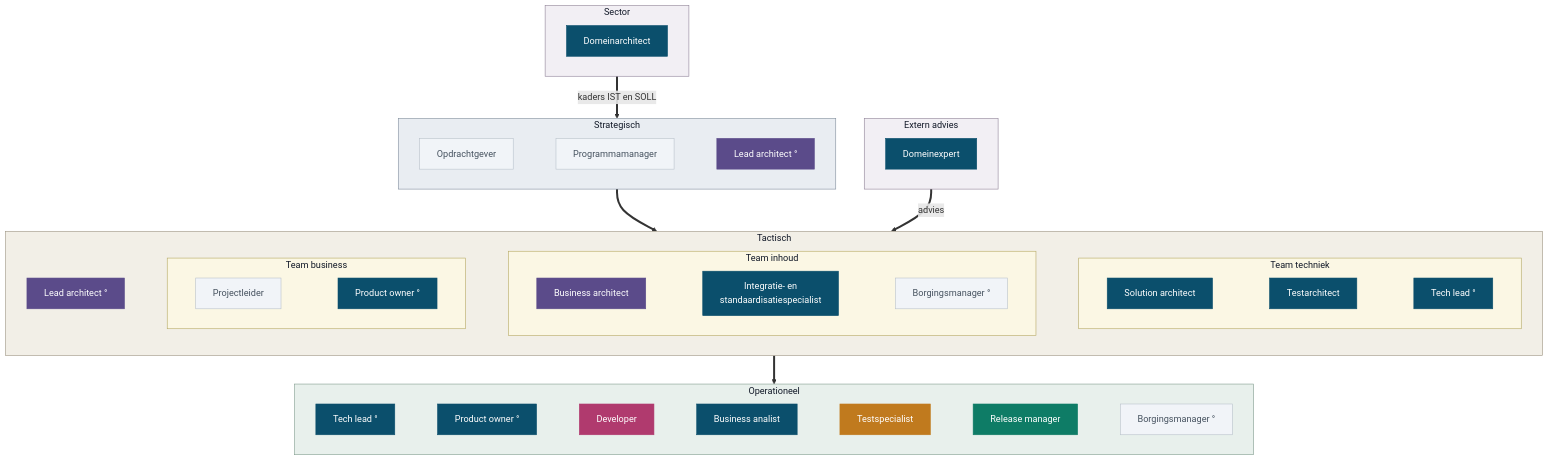
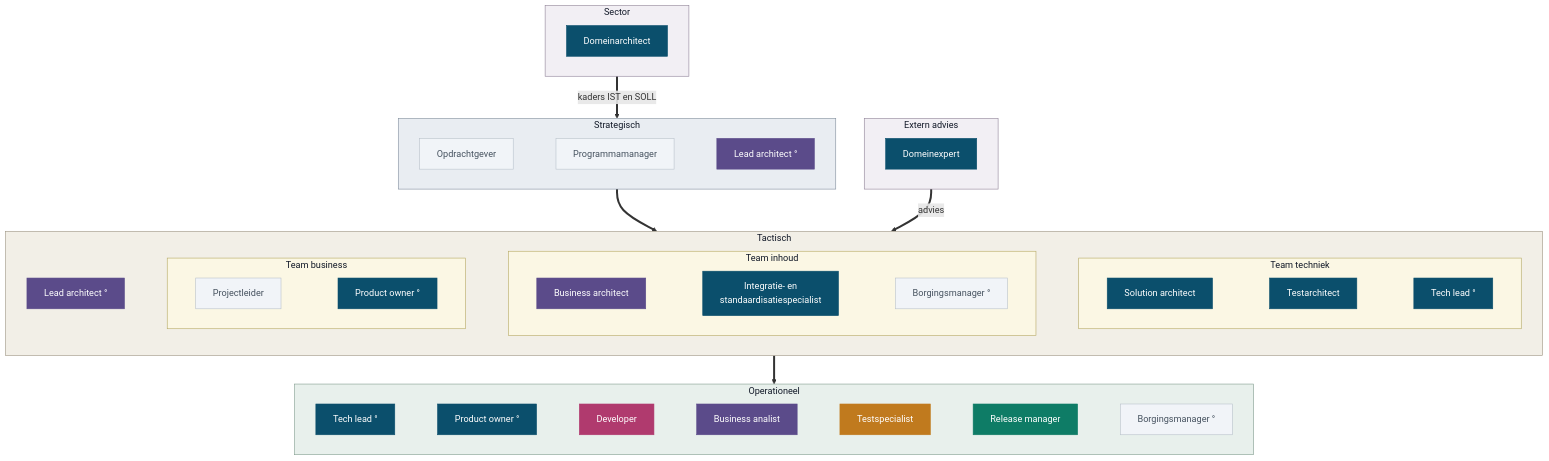
One commit to Npuls-OKx/meta changed the fifth of 6 diagrams in presentaties/src/260903_rollen.md. Above: the diagram before and after it, drawn with Mermaid. The commit also changed other lines of this file and 2 other files, not shown here.

````diff
--- a/presentaties/src/260903_rollen.md
+++ b/presentaties/src/260903_rollen.md
@@ -626,69 +626,69 @@
 ```mermaid
 flowchart TB
   subgraph EX["Extern advies"]
     direction LR
     DE["Domeinexpert"]
   end
   subgraph SEC["Sector"]
     direction LR
     DA["Domeinarchitect"]
   end
   subgraph S["Strategisch"]
     direction LR
     OG["Opdrachtgever"] ~~~ PM["Programmamanager"] ~~~ LA1["Lead architect °"]
   end
   subgraph T["Tactisch"]
     direction LR
     LA2["Lead architect °"]
     subgraph TB2["Team business"]
       direction LR
       PL["Projectleider"] ~~~ PO1["Product owner °"]
     end
     subgraph TI["Team inhoud"]
       direction LR
       BAR["Business architect"] ~~~ IS["Integratie- en<br/>standaardisatiespecialist"] ~~~ BM1["Borgingsmanager °"]
     end
     subgraph TT["Team techniek"]
       direction LR
       SA["Solution architect"] ~~~ TA["Testarchitect"] ~~~ TL1["Tech lead °"]
     end
     LA2 ~~~ TB2 ~~~ TI ~~~ TT
   end
   subgraph O["Operationeel"]
     direction LR
     TL2["Tech lead °"] ~~~ PO2["Product owner °"] ~~~ DEV["Developer"] ~~~ BA["Business analist"] ~~~ TE["Testspecialist"] ~~~ RM["Release manager"] ~~~ BM2["Borgingsmanager °"]
   end
   S ==> T
   T ==> O
   EX ==>|advies| T
   SEC ==>|kaders IST en SOLL| S
   style TB2 fill:#fbf7e4,stroke:#b3a55f,color:#111827
   style TI fill:#fbf7e4,stroke:#b3a55f,color:#111827
   style TT fill:#fbf7e4,stroke:#b3a55f,color:#111827
   style EX fill:#f2eff4,stroke:#8c7e94,color:#111827
   style SEC fill:#f2eff4,stroke:#8c7e94,color:#111827
   style S fill:#e9edf2,stroke:#7d8a99,color:#111827
   style T fill:#f2efe7,stroke:#9a9280,color:#111827
   style O fill:#e8f0ec,stroke:#7f9a8c,color:#111827
   style PO1 fill:#0B4F6C,stroke:#0B4F6C,color:#ffffff
   style PO2 fill:#0B4F6C,stroke:#0B4F6C,color:#ffffff
   style SA fill:#0B4F6C,stroke:#0B4F6C,color:#ffffff
   style DA fill:#0B4F6C,stroke:#0B4F6C,color:#ffffff
-  style BA fill:#0B4F6C,stroke:#0B4F6C,color:#ffffff
+  style BA fill:#5B4B8A,stroke:#5B4B8A,color:#ffffff
   style IS fill:#0B4F6C,stroke:#0B4F6C,color:#ffffff
   style TA fill:#0B4F6C,stroke:#0B4F6C,color:#ffffff
   style DE fill:#0B4F6C,stroke:#0B4F6C,color:#ffffff
   style TL1 fill:#0B4F6C,stroke:#0B4F6C,color:#ffffff
   style TL2 fill:#0B4F6C,stroke:#0B4F6C,color:#ffffff
   style LA1 fill:#5B4B8A,stroke:#5B4B8A,color:#ffffff
   style LA2 fill:#5B4B8A,stroke:#5B4B8A,color:#ffffff
   style BAR fill:#5B4B8A,stroke:#5B4B8A,color:#ffffff
   style RM fill:#0E7C66,stroke:#0E7C66,color:#ffffff
   style DEV fill:#B03A6E,stroke:#B03A6E,color:#ffffff
   style TE fill:#C07A1E,stroke:#C07A1E,color:#ffffff
   style OG fill:#f1f4f8,stroke:#b7c0ca,color:#46525f
   style PM fill:#f1f4f8,stroke:#b7c0ca,color:#46525f
   style PL fill:#f1f4f8,stroke:#b7c0ca,color:#46525f
   style BM1 fill:#f1f4f8,stroke:#b7c0ca,color:#46525f
   style BM2 fill:#f1f4f8,stroke:#b7c0ca,color:#46525f
 ```
````
